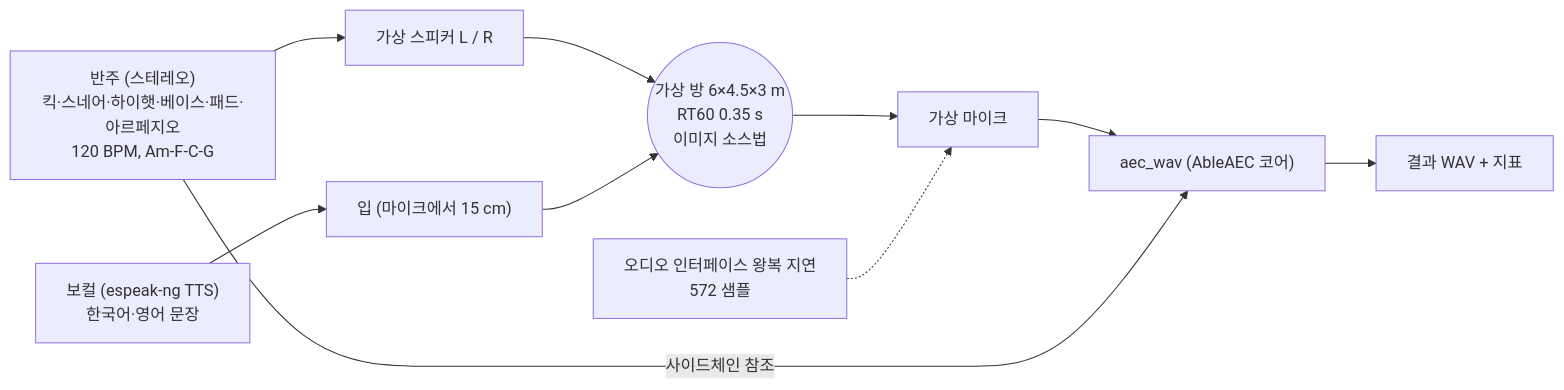
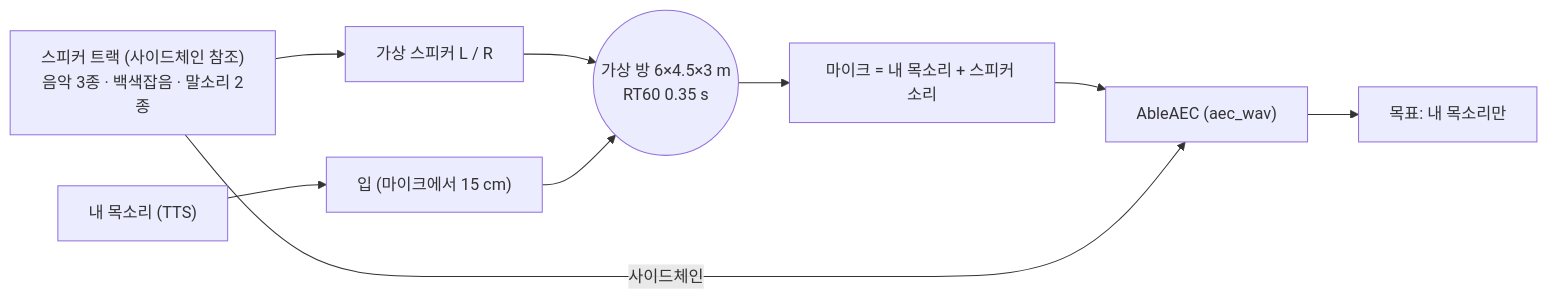
Before and after one commit to kimgeon1104/ableAEC: the diagram in docs/realistic-test.md, drawn with Mermaid. The commit also changed other lines of this file and 39 other files, not shown here.

````diff
--- a/docs/realistic-test.md
+++ b/docs/realistic-test.md
@@ -14,11 +14,10 @@
 ```mermaid
 flowchart LR
-    BT["반주 (스테레오)<br/>킥·스네어·하이햇·베이스·패드·아르페지오<br/>120 BPM, Am-F-C-G"] --> SPK["가상 스피커 L / R"]
-    SPK --> ROOM(("가상 방 6×4.5×3 m<br/>RT60 0.35 s<br/>이미지 소스법"))
-    VOC["보컬 (espeak-ng TTS)<br/>한국어·영어 문장"] --> MOUTH["입 (마이크에서 15 cm)"] --> ROOM
-    ROOM --> MIC["가상 마이크"]
-    LAT["오디오 인터페이스 왕복 지연<br/>572 샘플"] -.-> MIC
-    MIC --> AEC["aec_wav (AbleAEC 코어)"]
-    BT -->|"사이드체인 참조"| AEC
-    AEC --> OUT["결과 WAV + 지표"]
+    SPK_SRC["스피커 트랙 (사이드체인 참조)<br/>음악 3종 · 백색잡음 · 말소리 2종"] --> SPK["가상 스피커 L / R"]
+    SPK --> ROOM(("가상 방 6×4.5×3 m<br/>RT60 0.35 s"))
+    VOC["내 목소리 (TTS)"] --> MOUTH["입 (마이크에서 15 cm)"] --> ROOM
+    ROOM --> MIC["마이크 = 내 목소리 + 스피커 소리"]
+    MIC --> AEC["AbleAEC (aec_wav)"]
+    SPK_SRC -->|"사이드체인"| AEC
+    AEC --> OUT["목표: 내 목소리만"]
 ```
````
